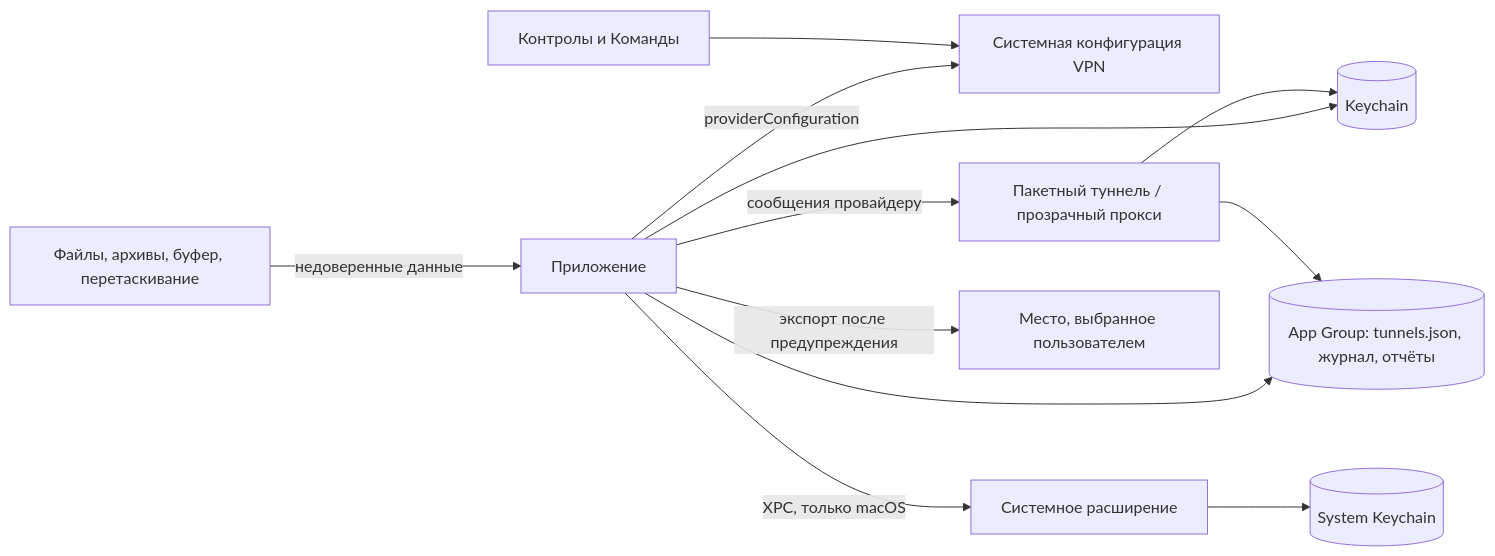
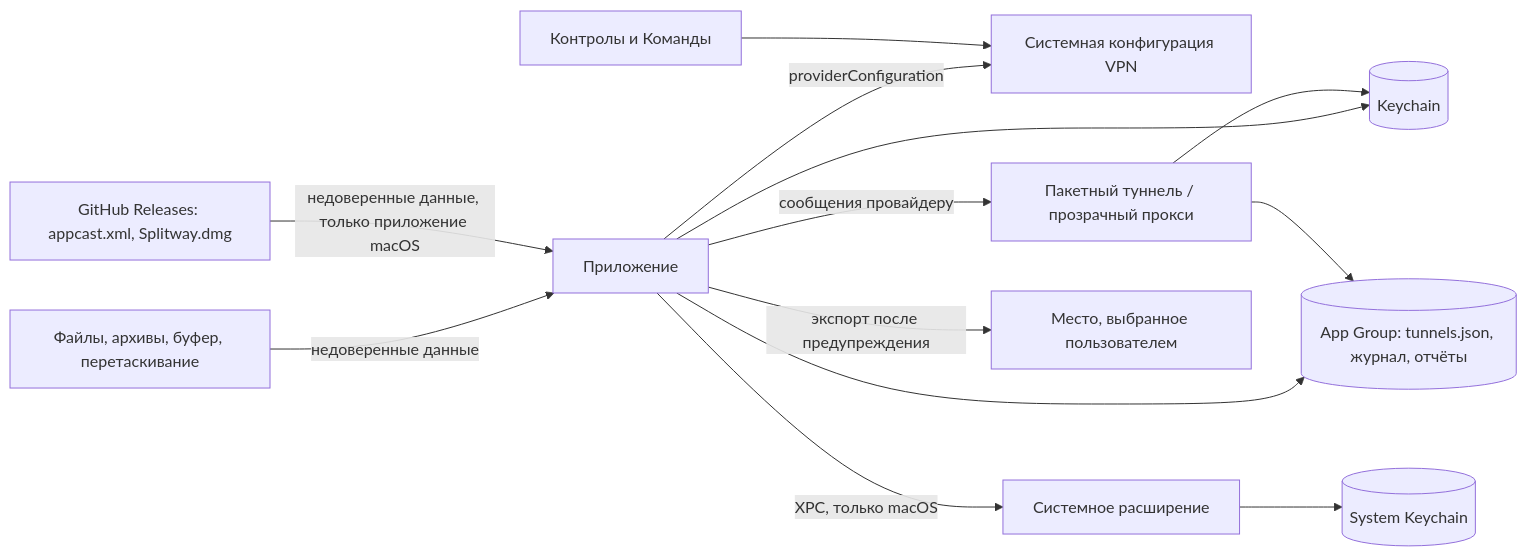
The diagram in docs/security.md (facelessdiplomat/splitway), drawn with Mermaid before and after one commit. The commit also changed other lines of this file and 4 other files, not shown here.

````diff
--- a/docs/security.md
+++ b/docs/security.md
@@ -18,14 +19,15 @@
 ```mermaid
 flowchart LR
   Sources[Файлы, архивы, буфер, перетаскивание] -->|недоверенные данные| App[Приложение]
   App --> Keychain[(Keychain)]
   App --> Group[(App Group: tunnels.json, журнал, отчёты)]
   App -->|providerConfiguration| VPN[Системная конфигурация VPN]
   App -->|сообщения провайдеру| Tunnel[Пакетный туннель / прозрачный прокси]
   App -->|XPC, только macOS| SystemExtension[Системное расширение]
   SystemExtension --> SystemKeychain[(System Keychain)]
   Tunnel --> Keychain
   Tunnel --> Group
   Controls[Контролы и Команды] --> VPN
   App -->|экспорт после предупреждения| Destination[Место, выбранное пользователем]
+  GitHub[GitHub Releases: appcast.xml, Splitway.dmg] -->|недоверенные данные, только приложение macOS| App
 ```
````
